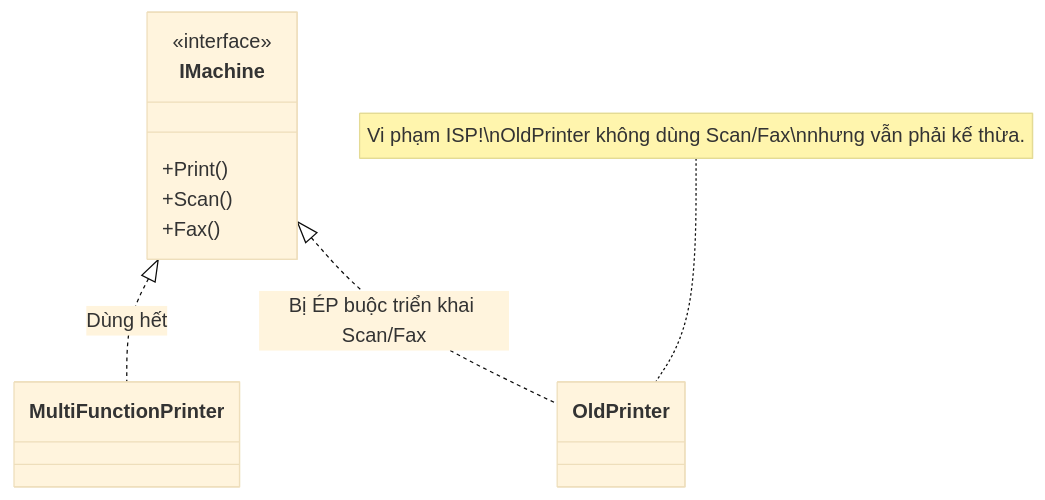
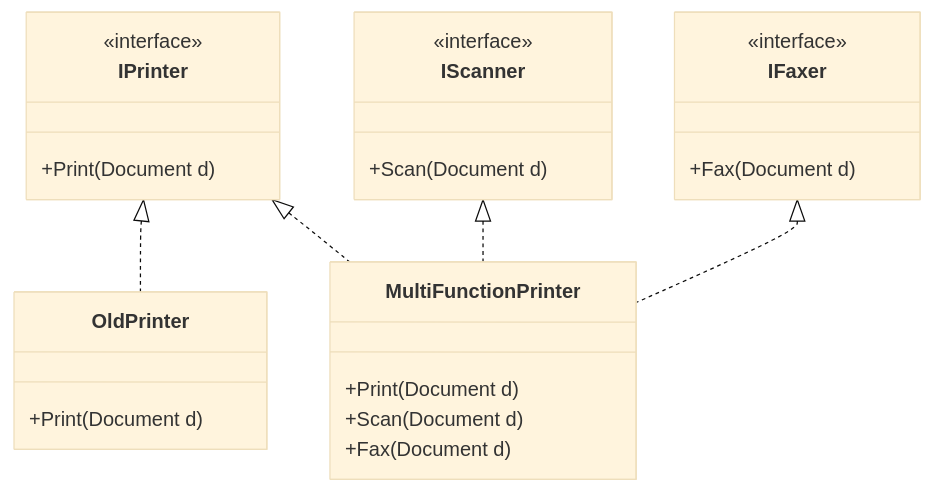
The diagram in frontend/src/features/docs/content/solid/isp.md (maitieubao/VisualizationDSA), drawn with Mermaid (base theme) before and after one commit. The commit also changed other lines of this file and 823 other files, not shown here.

First line of the commit message:
feat: Sprint 3 hoàn tất - Classroom, Codelabs, Theory Articles, Graph search viz + redesign QuickSort/MergeSort visualizers

````diff
--- a/frontend/src/features/docs/content/solid/isp.md
+++ b/frontend/src/features/docs/content/solid/isp.md
@@ -17,16 +90,30 @@
 ```mermaid
 classDiagram
-    class IMachine {
+    class IPrinter {
         <<interface>>
-        +Print()
-        +Scan()
-        +Fax()
+        +Print(Document d)
     }
-    class MultiFunctionPrinter
-    class OldPrinter
+    class IScanner {
+        <<interface>>
+        +Scan(Document d)
+    }
+    class IFaxer {
+        <<interface>>
+        +Fax(Document d)
+    }
     
-    IMachine <|.. MultiFunctionPrinter : Dùng hết
-    IMachine <|.. OldPrinter : Bị ÉP buộc triển khai Scan/Fax
+    class OldPrinter {
+        +Print(Document d)
+    }
     
-    note for OldPrinter "Vi phạm ISP!\nOldPrinter không dùng Scan/Fax\nnhưng vẫn phải kế thừa."
+    class MultiFunctionPrinter {
+        +Print(Document d)
+        +Scan(Document d)
+        +Fax(Document d)
+    }
+    
+    IPrinter <|.. OldPrinter
+    IPrinter <|.. MultiFunctionPrinter
+    IScanner <|.. MultiFunctionPrinter
+    IFaxer <|.. MultiFunctionPrinter
 ```
````
